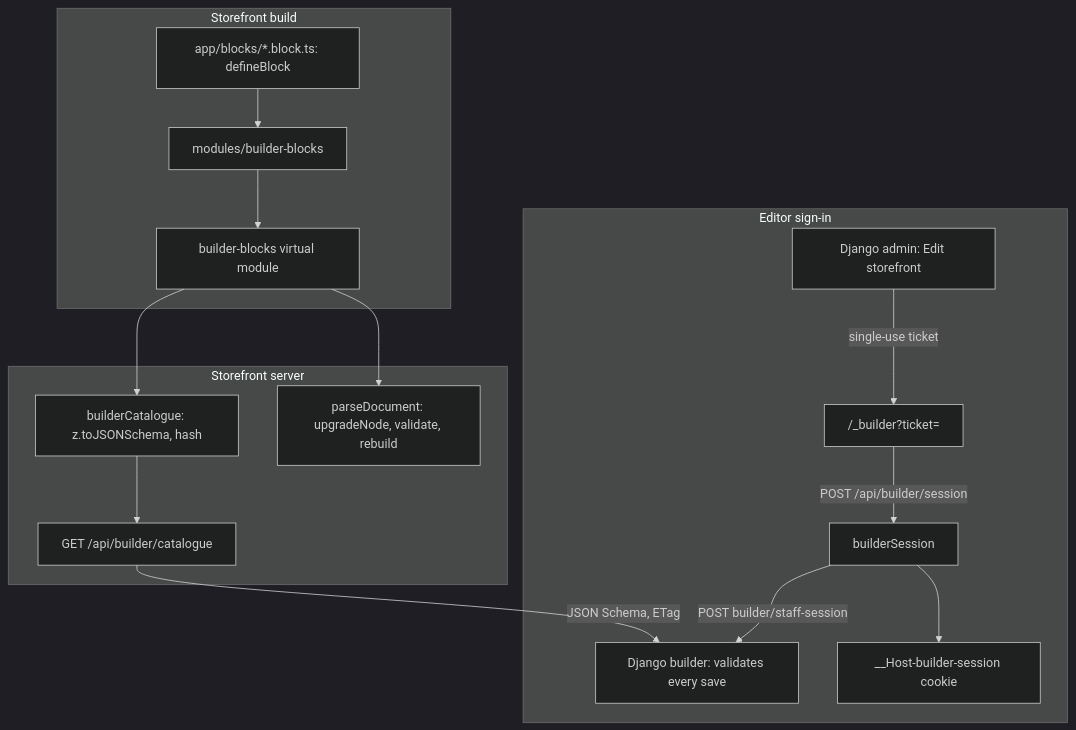
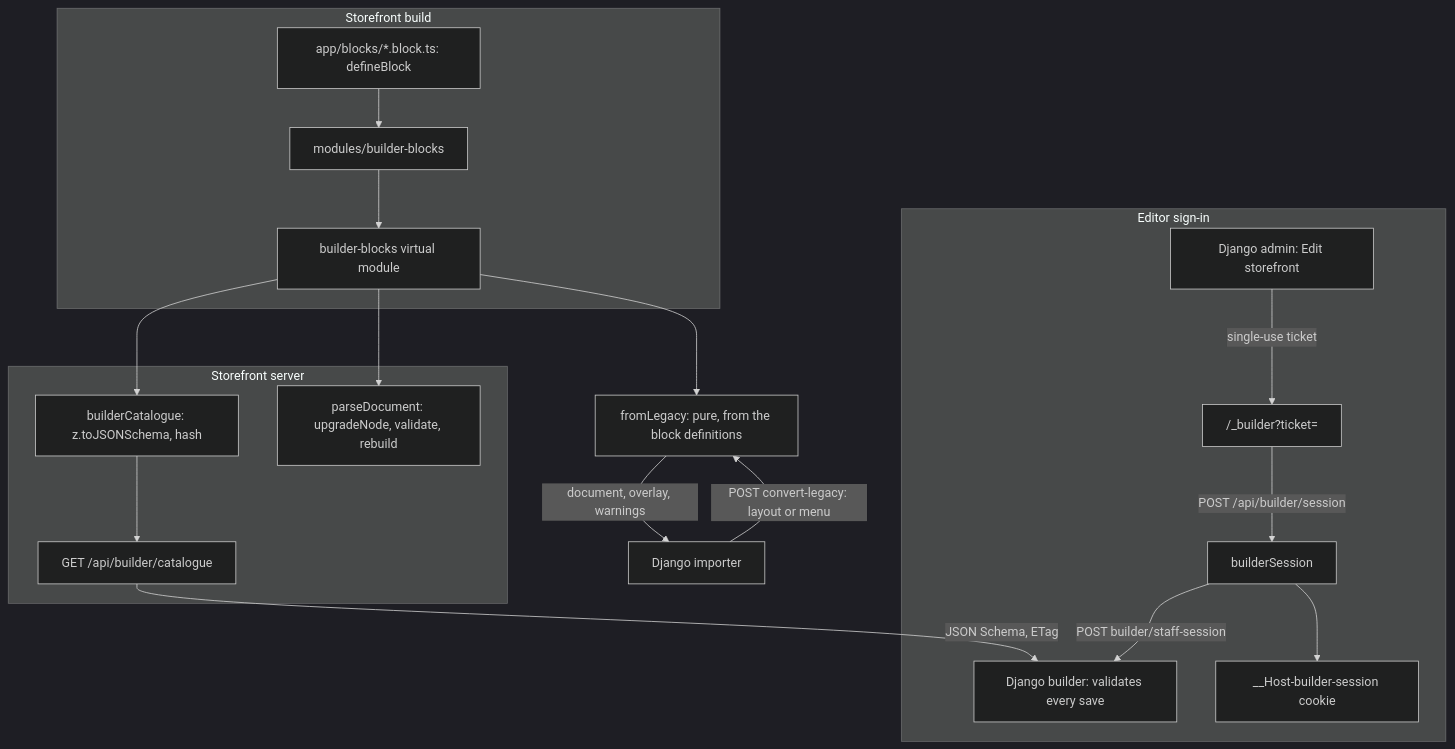
One commit to vasilistotskas/grooveshop-docs changed the diagram in src/dev/flows/page-builder.md. Above: the diagram before and after it, drawn with Mermaid (dark theme). The commit also changed other lines of this file, not shown here.

First line of the commit message:
docs(dev): describe the port to blocks, the legacy converter and the menus

````diff
--- a/src/dev/flows/page-builder.md
+++ b/src/dev/flows/page-builder.md
@@ -25,22 +27,26 @@
 ```mermaid
 flowchart TD
   subgraph Build["Storefront build"]
     Defs["app/blocks/*.block.ts: defineBlock"] --> Mod["modules/builder-blocks"]
     Mod --> Virtual["builder-blocks virtual module"]
   end
 
   subgraph Server["Storefront server"]
     Virtual --> Catalogue["builderCatalogue: z.toJSONSchema, hash"]
     Catalogue --> Endpoint["GET /api/builder/catalogue"]
     Virtual --> Parse["parseDocument: upgradeNode, validate, rebuild"]
   end
 
   Endpoint -->|"JSON Schema, ETag"| Django["Django builder: validates every save"]
 
+  Importer["Django importer"] -->|"POST convert-legacy: layout or menu"| Convert["fromLegacy: pure, from the block definitions"]
+  Virtual --> Convert
+  Convert -->|"document, overlay, warnings"| Importer
+
   subgraph Editor["Editor sign-in"]
     Admin["Django admin: Edit storefront"] -->|"single-use ticket"| Page["/_builder?ticket="]
     Page -->|"POST /api/builder/session"| Session["builderSession"]
     Session -->|"POST builder/staff-session"| Django
     Session --> Cookie["__Host-builder-session cookie"]
   end
 ```
````
